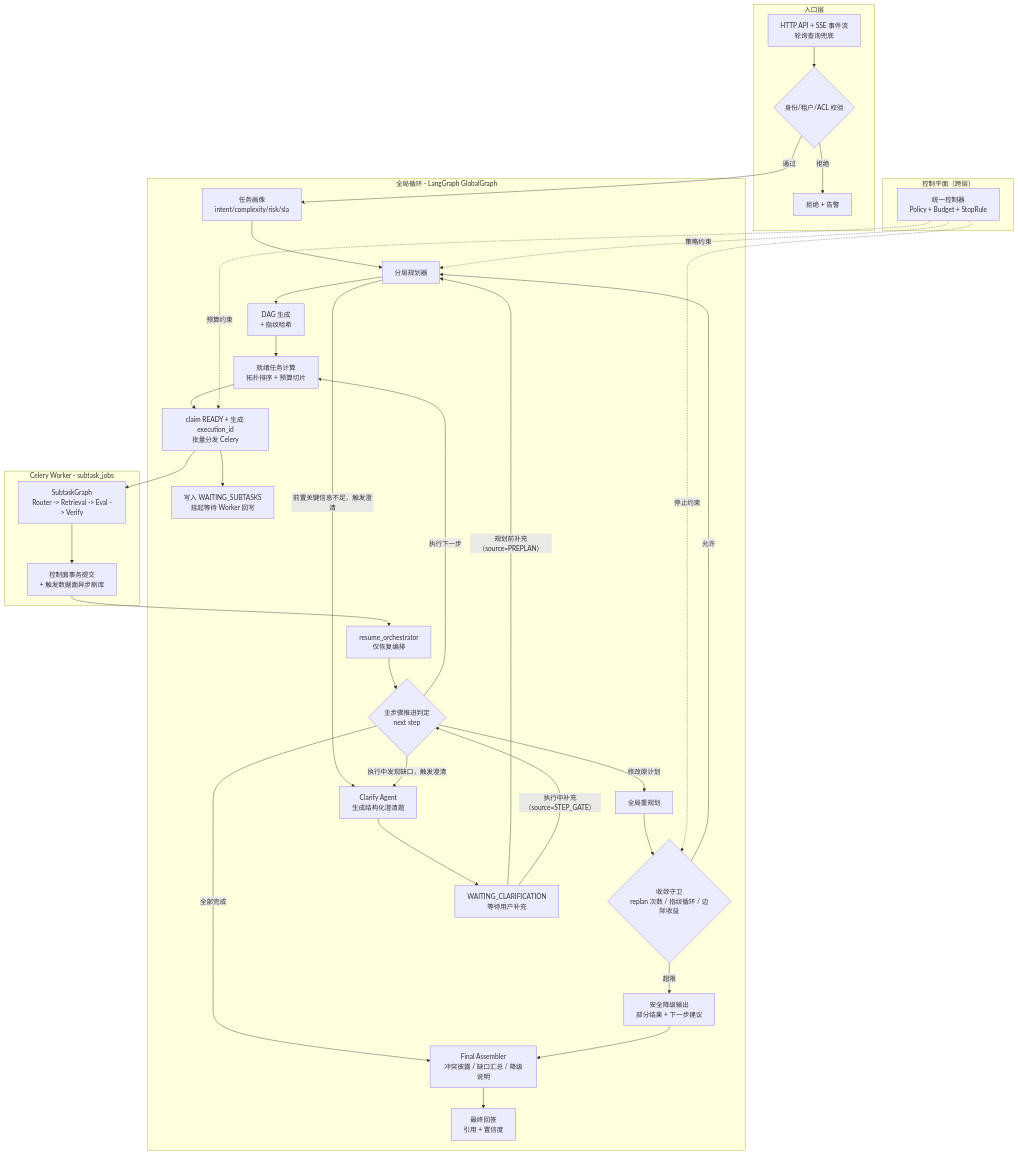
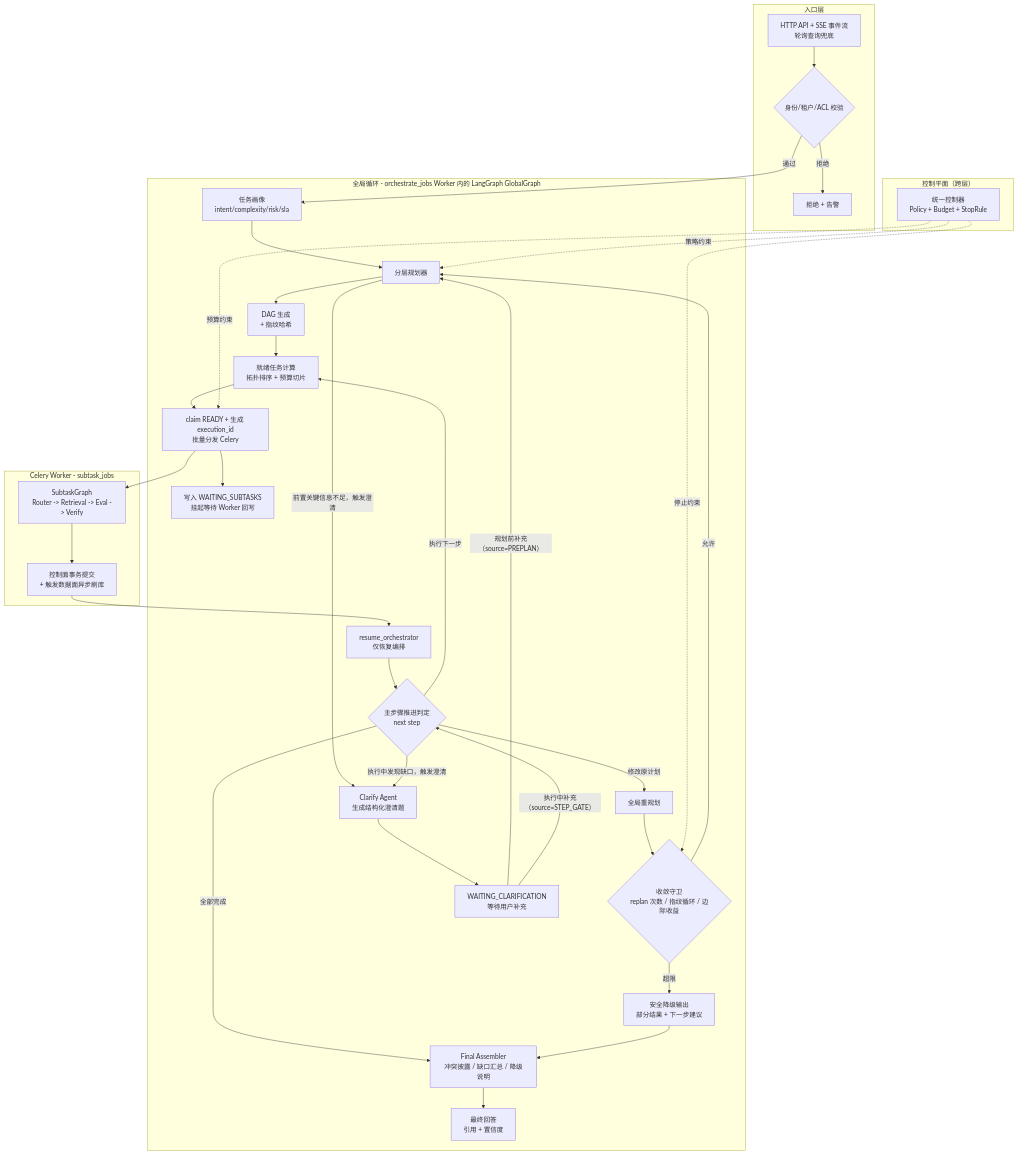
Before and after one commit to kkk935208447/learning_common_lib: the first of 6 diagrams in src/learning_common_lib/案例/用户AgenticRAG检索/架构设计规划.md, drawn with Mermaid. The commit also changed other lines of this file and 1 other file, not shown here.

First line of the commit message:
feat(learning_common_lib): 更新文档和流程图以增强任务执行的清晰度

````diff
--- a/src/learning_common_lib/案例/用户AgenticRAG检索/架构设计规划.md
+++ b/src/learning_common_lib/案例/用户AgenticRAG检索/架构设计规划.md
@@ -48,56 +84,56 @@
 ```mermaid
 flowchart TB
     subgraph EntryLayer["入口层"]
         API["HTTP API + SSE 事件流<br/>轮询查询兜底"]
         Auth{"身份/租户/ACL 校验"}
         Denied["拒绝 + 告警"]
     end
 
     subgraph ControlPlane["控制平面（跨层）"]
         Ctrl["统一控制器<br/>Policy + Budget + StopRule"]
     end
 
-    subgraph GlobalLoop["全局循环 - LangGraph GlobalGraph"]
+    subgraph GlobalLoop["全局循环 - orchestrate_jobs Worker 内的 LangGraph GlobalGraph"]
         Intake["任务画像<br/>intent/complexity/risk/sla"]
         Planner["分层规划器"]
         Clarify["Clarify Agent<br/>生成结构化澄清题"]
         DAG["DAG 生成<br/>+ 指纹哈希"]
         Scheduler["就绪任务计算<br/>拓扑排序 + 预算切片"]
         Executor["claim READY + 生成 execution_id<br/>批量分发 Celery"]
         Pause["写入 WAITING_SUBTASKS<br/>挂起等待 Worker 回写"]
         Resume["resume_orchestrator<br/>仅恢复编排"]
         StepGate{"主步骤推进判定 <br/> next step"}
         GlobalReplan["全局重规划"]
         LoopGuard{"收敛守卫<br/>replan 次数 / 指纹循环 / 边际收益"}
         WaitClarify["WAITING_CLARIFICATION<br/>等待用户补充"]
         Finalize["Final Assembler<br/>冲突披露 / 缺口汇总 / 降级说明"]
         Fallback["安全降级输出<br/>部分结果 + 下一步建议"]
         Output["最终回答<br/>引用 + 置信度"]
     end
 
     subgraph WorkerLane["Celery Worker - subtask_jobs"]
         SubtaskGraph["SubtaskGraph<br/>Router -> Retrieval -> Eval -> Verify"]
         Persist["控制面事务提交<br/>+ 触发数据面异步刷库"]
     end
 
     API --> Auth
     Auth -- "拒绝" --> Denied
     Auth -- "通过" --> Intake
     Intake --> Planner --> DAG --> Scheduler
     Planner -- "前置关键信息不足，触发澄清" --> Clarify --> WaitClarify
     WaitClarify -- "规划前补充（source=PREPLAN）" --> Planner
     WaitClarify -- "执行中补充（source=STEP_GATE）" --> StepGate
     Scheduler --> Executor --> Pause
     Executor --> SubtaskGraph --> Persist --> Resume --> StepGate
     StepGate -- "执行下一步" --> Scheduler
     StepGate -- "执行中发现缺口，触发澄清" --> Clarify
     StepGate -- "修改原计划" --> GlobalReplan
     StepGate -- "全部完成" --> Finalize --> Output
     GlobalReplan --> LoopGuard
     LoopGuard -- "允许" --> Planner
     LoopGuard -- "超限" --> Fallback --> Finalize
 
     Ctrl -. "策略约束" .-> Planner
     Ctrl -. "预算约束" .-> Executor
     Ctrl -. "停止约束" .-> LoopGuard
 ```
````
